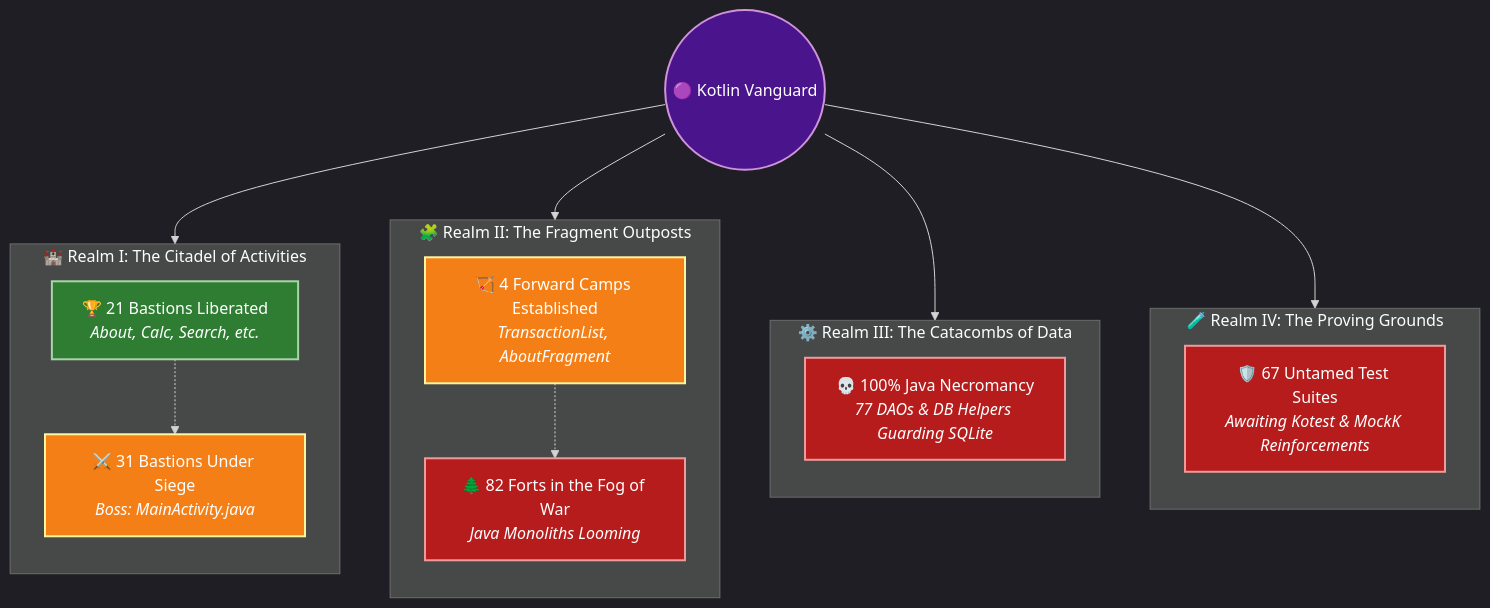
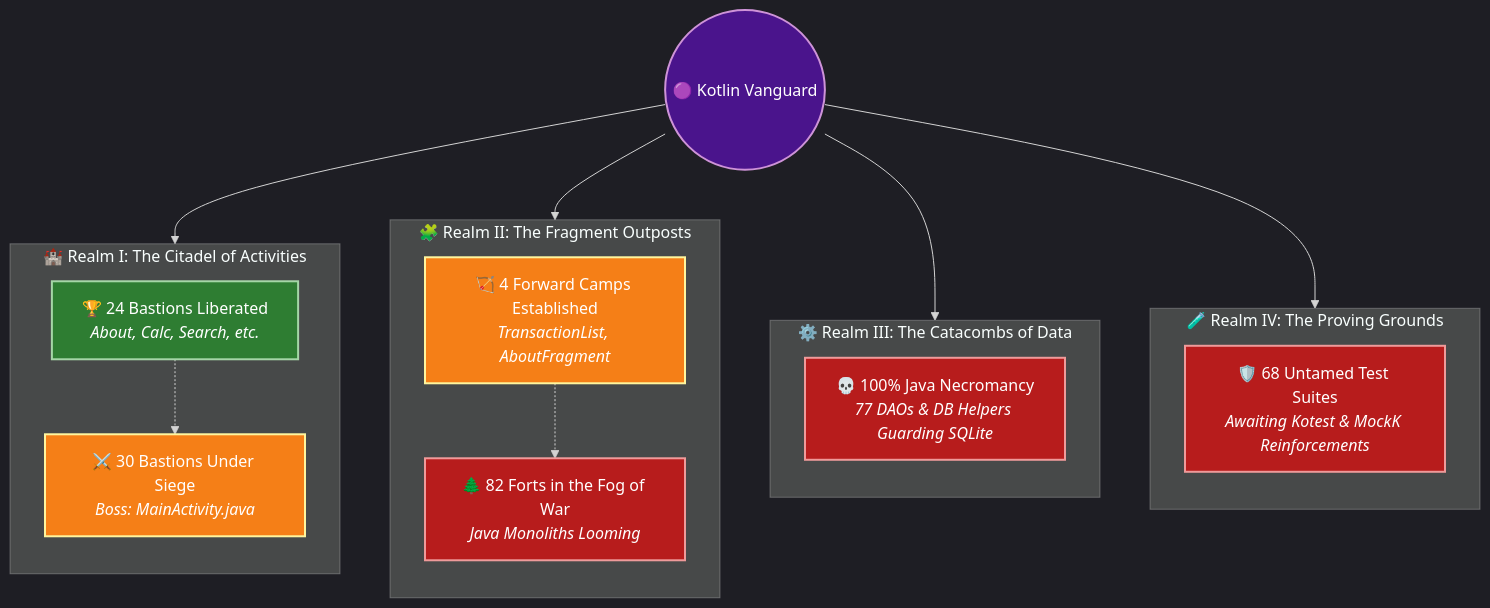
The second of 3 diagrams in KOTLIN_MIGRATION_REPORT.md (solomonrajan/cashledger), drawn with Mermaid before and after one commit. The commit also changed other lines of this file, not shown here.

````diff
--- a/KOTLIN_MIGRATION_REPORT.md
+++ b/KOTLIN_MIGRATION_REPORT.md
@@ -29,37 +29,37 @@
 ```mermaid
 %%{init: {'theme': 'dark', 'themeVariables': { 'fontFamily': 'monospace' }}}%%
 flowchart TD
     classDef liberated fill:#2e7d32,stroke:#a5d6a7,stroke-width:2px,color:#ffffff;
     classDef siege fill:#f57f17,stroke:#fff59d,stroke-width:2px,color:#ffffff;
     classDef occupied fill:#b71c1c,stroke:#ef9a9a,stroke-width:2px,color:#ffffff;
     classDef portal fill:#4a148c,stroke:#ce93d8,stroke-width:2px,color:#ffffff;
 
     Start((🟣 Kotlin Vanguard)):::portal --> Castle
     Start --> Valley
     Start --> Dungeon
     Start --> Arena
 
     subgraph Castle["🏰 Realm I: The Citadel of Activities"]
         direction TB
-        A_Won["🏆 21 Bastions Liberated<br/><i>About, Calc, Search, etc.</i>"]:::liberated
-        A_Siege["⚔️ 31 Bastions Under Siege<br/><i>Boss: MainActivity.java</i>"]:::siege
+        A_Won["🏆 24 Bastions Liberated<br/><i>About, Calc, Search, etc.</i>"]:::liberated
+        A_Siege["⚔️ 30 Bastions Under Siege<br/><i>Boss: MainActivity.java</i>"]:::siege
         A_Won -.-> A_Siege
     end
 
     subgraph Valley["🧩 Realm II: The Fragment Outposts"]
         direction TB
         F_Scout["🏹 4 Forward Camps Established<br/><i>TransactionList, AboutFragment</i>"]:::siege
         F_Wild["🌲 82 Forts in the Fog of War<br/><i>Java Monoliths Looming</i>"]:::occupied
         F_Scout -.-> F_Wild
     end
 
     subgraph Dungeon["⚙️ Realm III: The Catacombs of Data"]
         direction TB
         D_Curse["💀 100% Java Necromancy<br/><i>77 DAOs & DB Helpers Guarding SQLite</i>"]:::occupied
     end
 
     subgraph Arena["🧪 Realm IV: The Proving Grounds"]
         direction TB
-        T_Trial["🛡️ 67 Untamed Test Suites<br/><i>Awaiting Kotest & MockK Reinforcements</i>"]:::occupied
+        T_Trial["🛡️ 68 Untamed Test Suites<br/><i>Awaiting Kotest & MockK Reinforcements</i>"]:::occupied
     end
 ```
````
